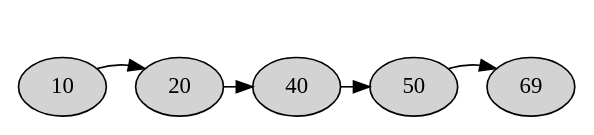
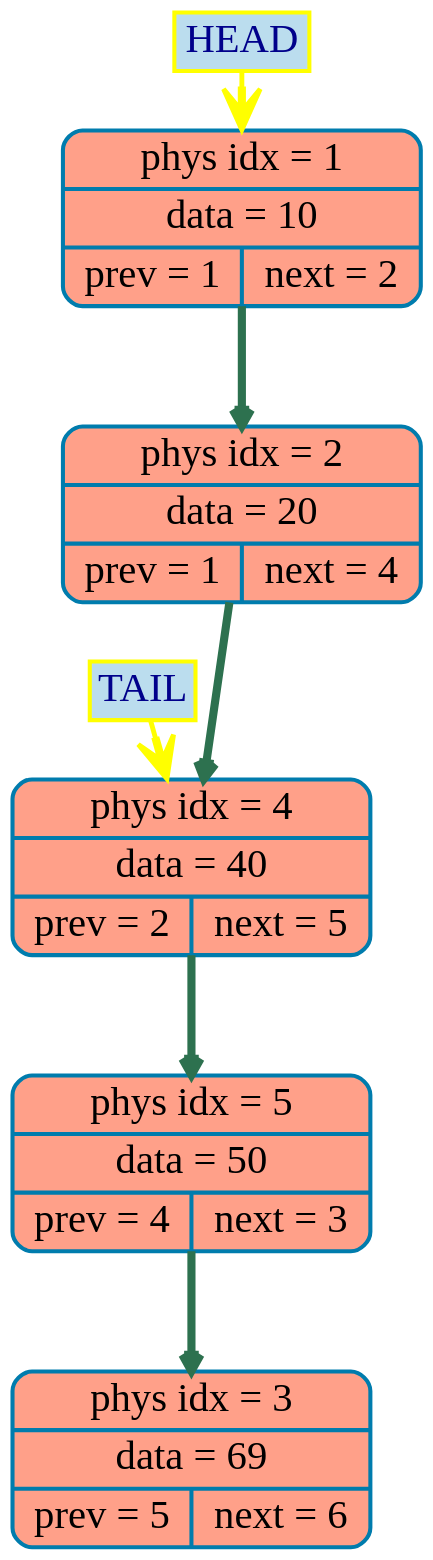
One commit to timoko3/list changed the diagram in graphDump.dot. Above: the diagram before and after it, drawn with Graphviz. The commit also changed 3 other files, not shown here.

```diff
--- a/graphDump.dot
+++ b/graphDump.dot
@@ -1,15 +1,12 @@
 digraph G {
-	node [shape=ellipse, style=filled, fillcolor="lightgray"];
+bgcolor="transparent"
+	node [shape=Mrecord, style="filled", fillcolor="#FFA089", fontcolor="black", color="#007CAD", penwidth=2.5, fontname="Tahoma", fontsize=25];
 
-	node1 [label="10"];
-	node2 [label="20"];
-	node3 [label="40"];
-	node4 [label="50"];
-	node5 [label="69"];
+edge [color="#2d714f", arrowsize=1, penwidth=5, arrowhead="vee", style="bold"];	node1 [label="{phys idx = 1 | data = 10 | {prev = 1 | next = 2} }"];
+	node2 [label="{phys idx = 2 | data = 20 | {prev = 1 | next = 4} }"];
+	node3 [label="{phys idx = 4 | data = 40 | {prev = 2 | next = 5} }"];
+	node4 [label="{phys idx = 5 | data = 50 | {prev = 4 | next = 3} }"];
+	node5 [label="{phys idx = 3 | data = 69 | {prev = 5 | next = 6} }"];
 
-	{ rank=same; node1; node2; node5; node3; node4; }
-
-	node1 -> node2 -> node4 -> node5 -> node3 [style = invis];
-
-	node1 -> node2 -> node3 -> node4 -> node5;
+ head_label [shape=box, label="HEAD", style="filled", fillcolor="#BBDDEE", color="yellow", fontcolor="darkblue"]; tail_label [shape=box, label="TAIL", style="filled", fillcolor="#BBDDEE", color="yellow", fontcolor="darkblue"];head_label -> node1 [color="yellow", arrowsize=2.5, penwidth=3];tail_label -> node3 [color="yellow", arrowsize=2.5, penwidth=3];	node1 -> node2 -> node3 -> node4 -> node5[minlen = 2];
 }
```
